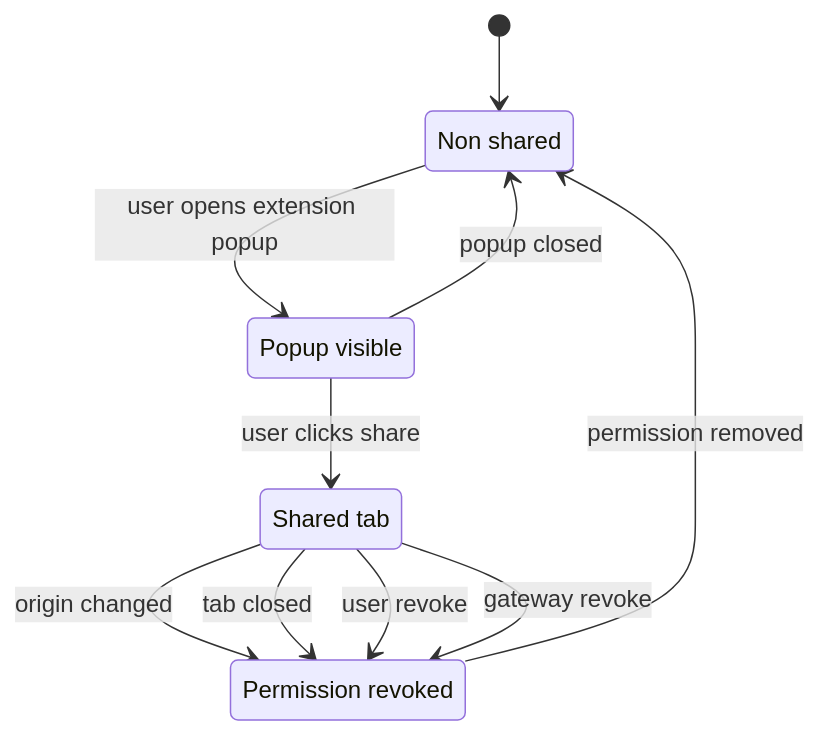
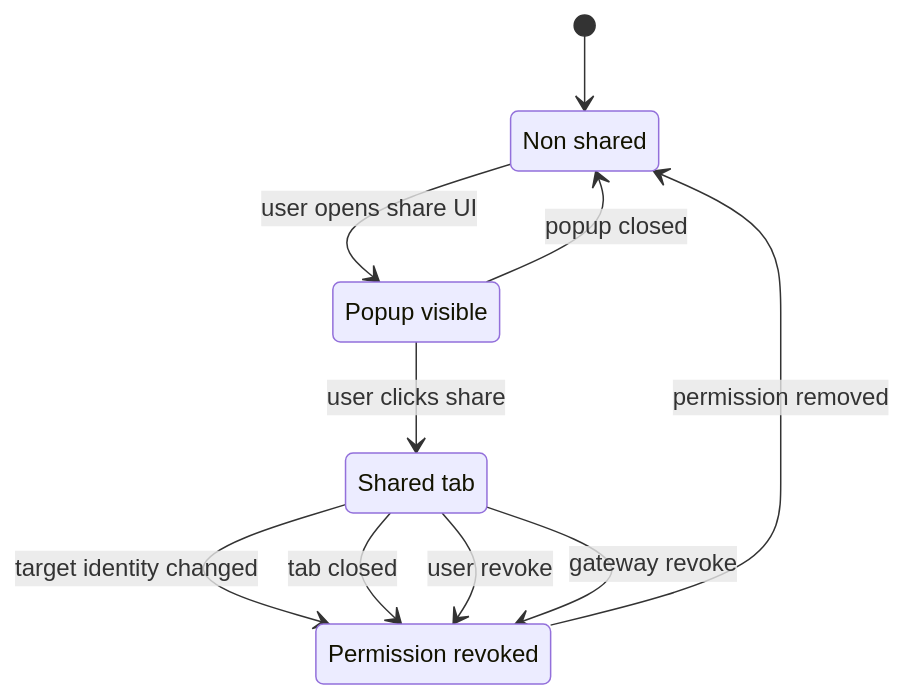
One commit to arcmanagement/agent-browser-gateway changed the diagram in legal/patent/figures/fig-2-consent-lifecycle.mmd. Above: the diagram before and after it, drawn with Mermaid. The commit also changed 16 other files, not shown here.

```diff
--- a/legal/patent/figures/fig-2-consent-lifecycle.mmd
+++ b/legal/patent/figures/fig-2-consent-lifecycle.mmd
@@ -1,15 +1,15 @@
 stateDiagram-v2
   [*] --> Idle
   Idle: Non shared
   Consenting: Popup visible
   Active: Shared tab
   Revoked: Permission revoked
 
-  Idle --> Consenting: user opens extension popup
+  Idle --> Consenting: user opens share UI
   Consenting --> Active: user clicks share
   Consenting --> Idle: popup closed
-  Active --> Revoked: origin changed
+  Active --> Revoked: target identity changed
   Active --> Revoked: tab closed
   Active --> Revoked: user revoke
   Active --> Revoked: gateway revoke
   Revoked --> Idle: permission removed
```
